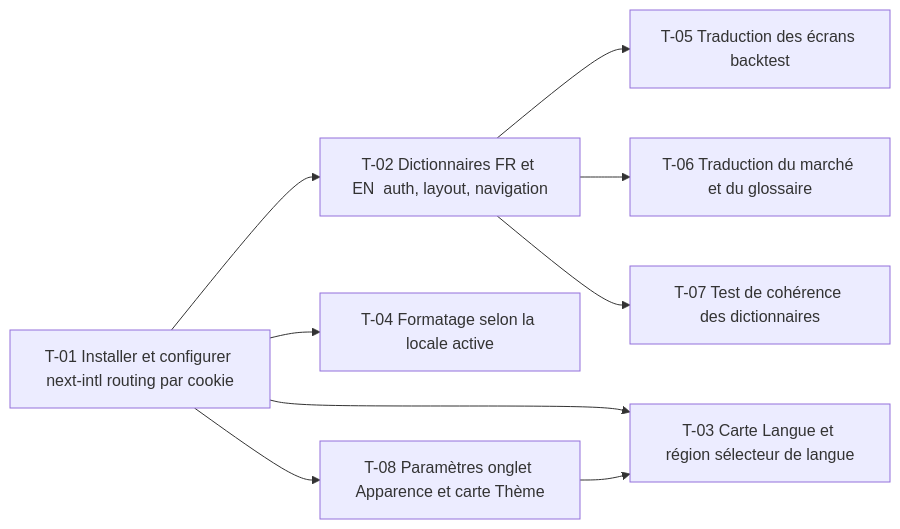
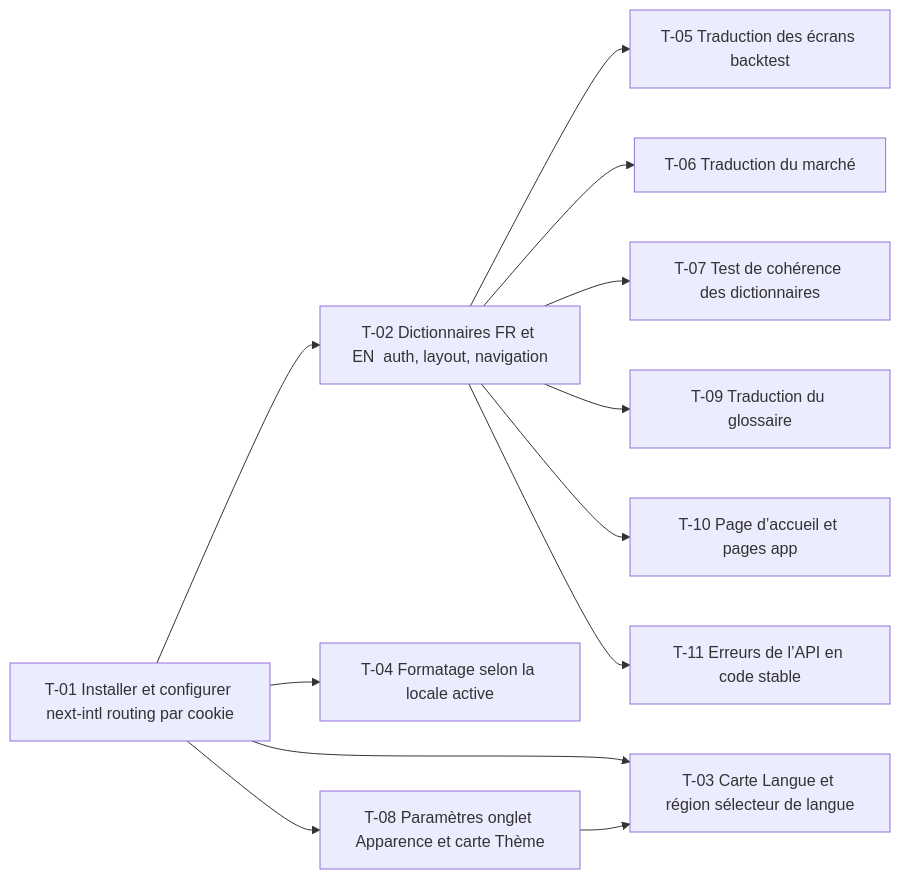
The diagram in roadmap/10-internationalisation/TASKS.md (Matsuel/TradingPlateform), drawn with Mermaid before and after one commit. The commit also changed other lines of this file and 2 other files, not shown here.

Commit message:
docs(roadmap): feature 10 en cours, T-01 à T-08 livrées, tâches T-09 à T-11 planifiées

````diff
--- a/roadmap/10-internationalisation/TASKS.md
+++ b/roadmap/10-internationalisation/TASKS.md
@@ -31,19 +37,25 @@
 ```mermaid
 flowchart LR
     T01[T-01 Installer et configurer next-intl routing par cookie]
     T02[T-02 Dictionnaires FR et EN  auth, layout, navigation]
     T03[T-03 Carte Langue et région sélecteur de langue]
     T04[T-04 Formatage selon la locale active]
     T05[T-05 Traduction des écrans backtest]
-    T06[T-06 Traduction du marché et du glossaire]
+    T06[T-06 Traduction du marché]
     T07[T-07 Test de cohérence des dictionnaires]
     T08[T-08 Paramètres onglet Apparence et carte Thème]
+    T09[T-09 Traduction du glossaire]
+    T10[T-10 Page d’accueil et pages app]
+    T11[T-11 Erreurs de l’API en code stable]
     T01 --> T02
     T01 --> T03
     T01 --> T08
     T08 --> T03
     T01 --> T04
     T02 --> T05
     T02 --> T06
     T02 --> T07
+    T02 --> T09
+    T02 --> T10
+    T02 --> T11
 ```
````
